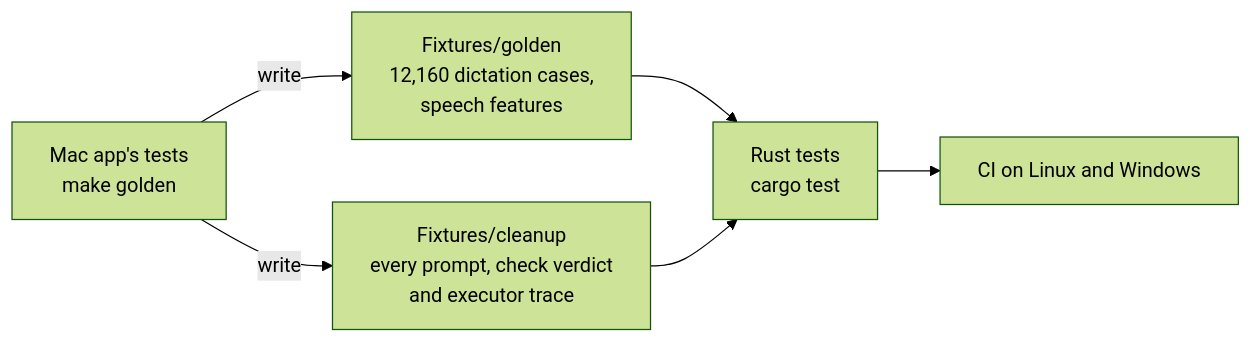
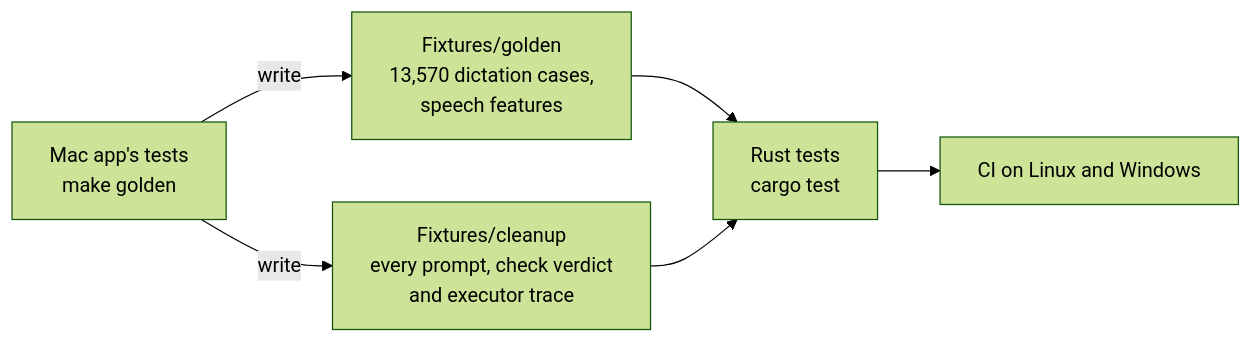
Before and after one commit to Nerdstorm/LiveTranscribe: the eighth of 9 diagrams in docs/architecture.md, drawn with Mermaid (forest theme). The commit also changed other lines of this file and 37 other files, not shown here.

````diff
--- a/docs/architecture.md
+++ b/docs/architecture.md
@@ -336,8 +341,8 @@
 ```mermaid
 flowchart LR
-    SW["Mac app's tests<br/>make golden"] -->|write| G["Fixtures/golden<br/>12,160 dictation cases,<br/>speech features"]
+    SW["Mac app's tests<br/>make golden"] -->|write| G["Fixtures/golden<br/>13,570 dictation cases,<br/>speech features"]
     SW -->|write| CF["Fixtures/cleanup<br/>every prompt, check verdict<br/>and executor trace"]
     G --> RT["Rust tests<br/>cargo test"]
     CF --> RT
     RT --> CI["CI on Linux and Windows"]
 ```
````
